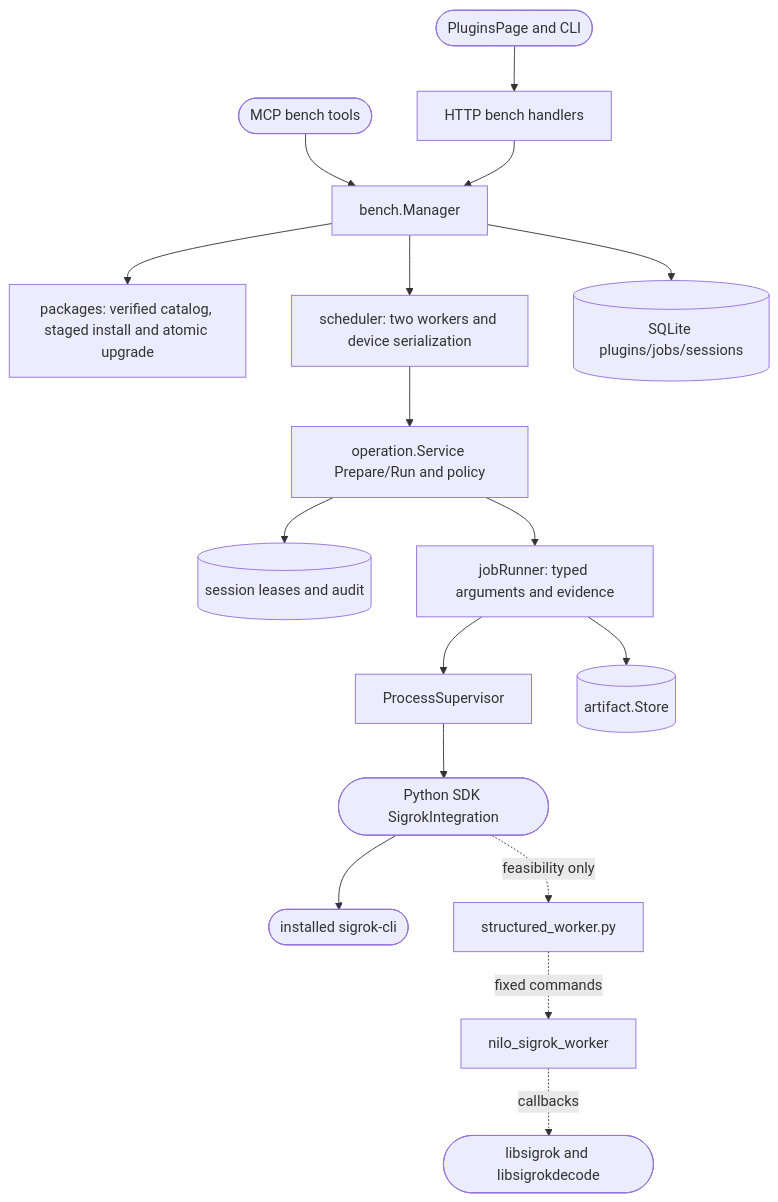
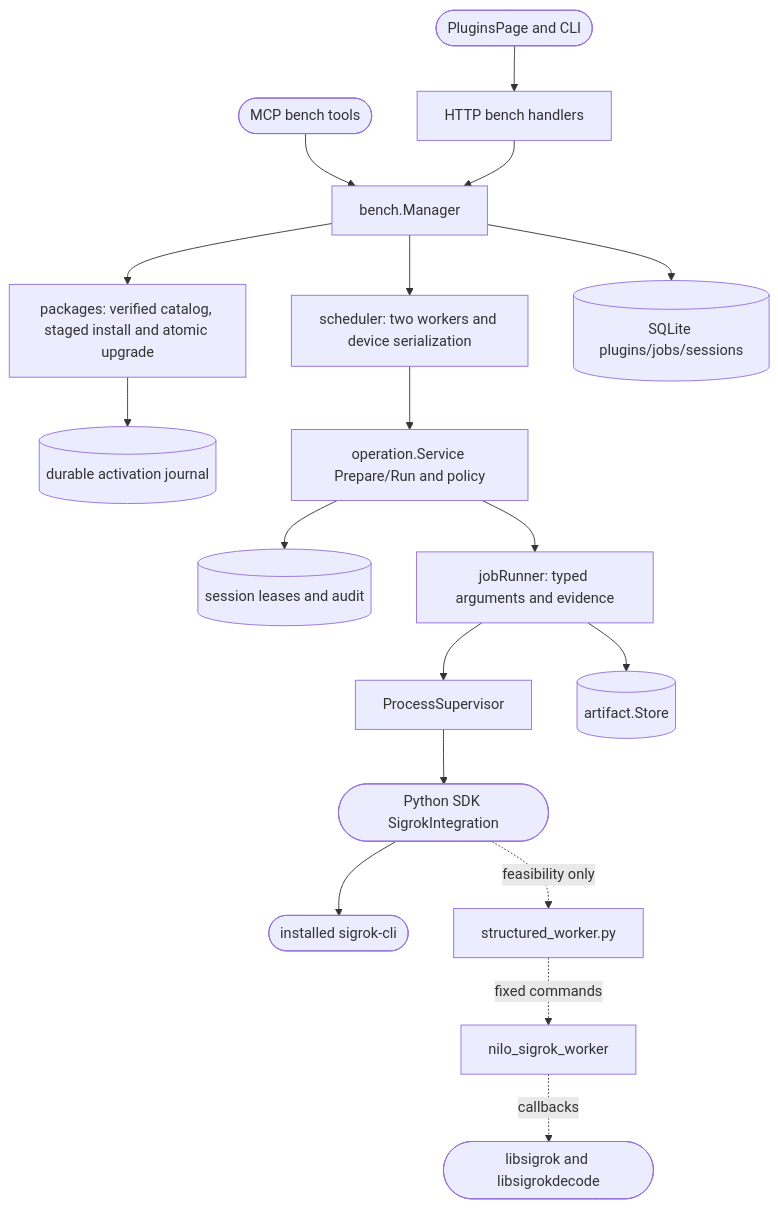
One commit to DDP-Engineering/2026_Networked_Intelligent_Lab_Orchestrator changed the diagram in .agentic/knowledge/bench-integrations.md. Above: the diagram before and after it, drawn with Mermaid. The commit also changed other lines of this file and 78 other files, not shown here.

````diff
--- a/.agentic/knowledge/bench-integrations.md
+++ b/.agentic/knowledge/bench-integrations.md
@@ -91,19 +96,20 @@
 ```mermaid
 flowchart TD
     gui([PluginsPage and CLI]) --> http[HTTP bench handlers]
     mcp([MCP bench tools]) --> manager[bench.Manager]
     http --> manager
     manager --> packages[packages: verified catalog, staged install and atomic upgrade]
+    packages --> journal[(durable activation journal)]
     manager --> queue[scheduler: two workers and device serialization]
     manager --> db[(SQLite plugins/jobs/sessions)]
     queue --> operation[operation.Service Prepare/Run and policy]
     operation --> leases[(session leases and audit)]
     operation --> adapter[jobRunner: typed arguments and evidence]
     adapter --> supervisor[ProcessSupervisor]
     supervisor --> sdk([Python SDK SigrokIntegration])
     sdk --> cli([installed sigrok-cli])
     sdk -. feasibility only .-> structured[structured_worker.py]
     structured -. fixed commands .-> native[nilo_sigrok_worker]
     native -. callbacks .-> libraries([libsigrok and libsigrokdecode])
     adapter --> artifacts[(artifact.Store)]
 ```
````
